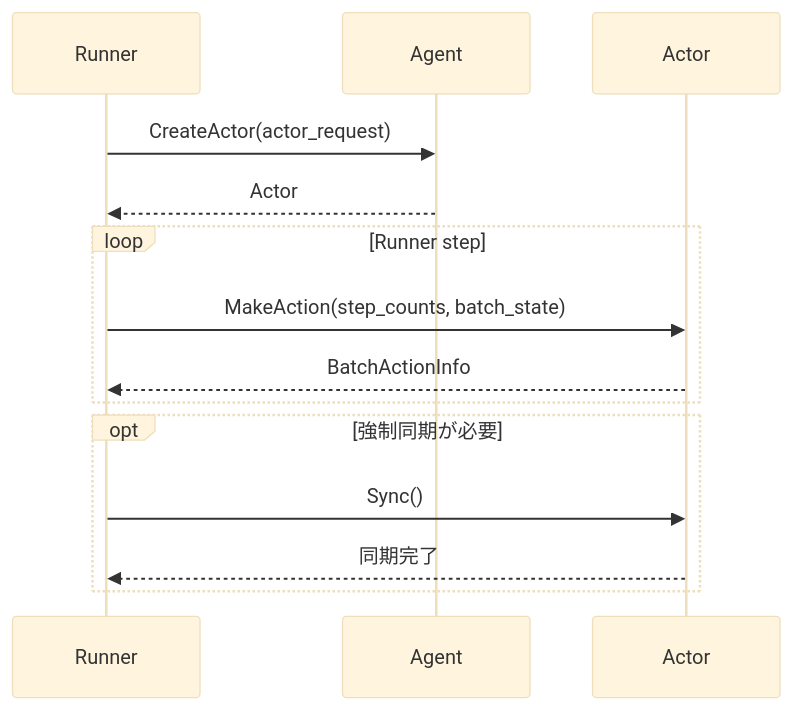
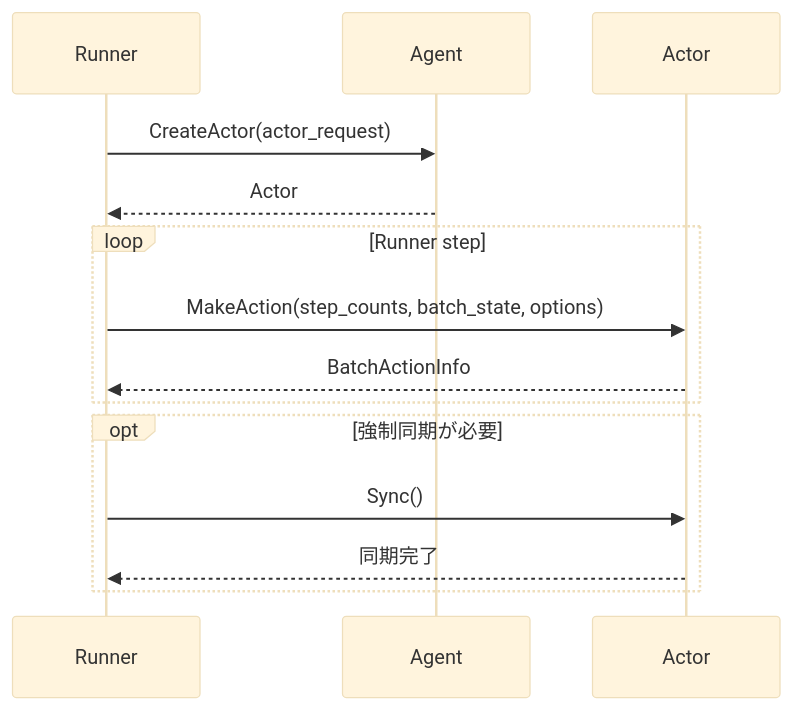
One commit to kazukin123/anet-lab changed the second of 3 diagrams in docs/design/110_agents_and_learning.en.md. Above: the diagram before and after it, drawn with Mermaid (base theme). The commit also changed other lines of this file and 50 other files, not shown here.

````diff
--- a/docs/design/110_agents_and_learning.en.md
+++ b/docs/design/110_agents_and_learning.en.md
@@ -137,17 +138,17 @@
 ```mermaid
 sequenceDiagram
     participant R as Runner
     participant G as Agent
     participant A as Actor
 
     R->>G: CreateActor(actor_request)
     G-->>R: Actor
     loop Runner step
-        R->>A: MakeAction(step_counts, batch_state)
+        R->>A: MakeAction(step_counts, batch_state, options)
         A-->>R: BatchActionInfo
     end
     opt 強制同期が必要
         R->>A: Sync()
         A-->>R: 同期完了
     end
 ```
````
